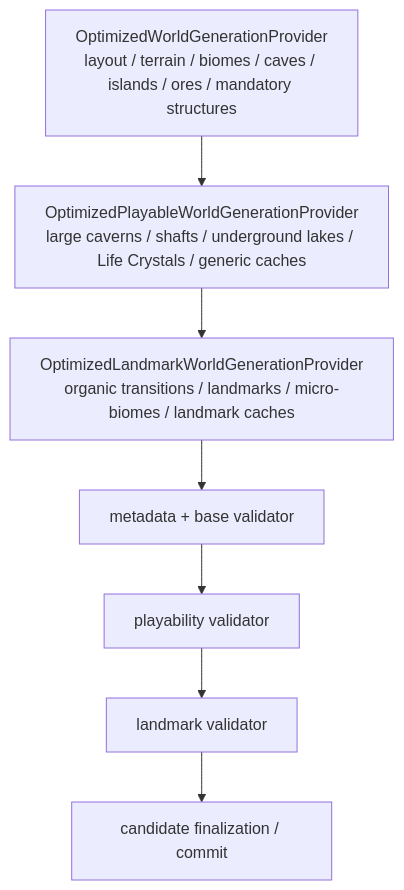
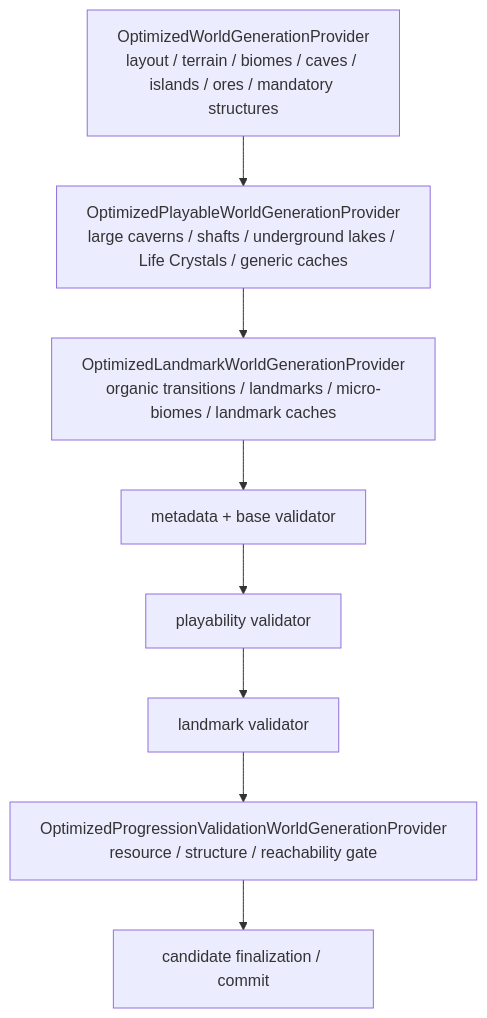
Before and after one commit to VegaKernel/TerraRuntime: the diagram in docs/en/optimized-world-generation.md, drawn with Mermaid. The commit also changed other lines of this file and 14 other files, not shown here.

First line of the commit message:
Close optimized O5 and canonical generation crash gate

````diff
--- a/docs/en/optimized-world-generation.md
+++ b/docs/en/optimized-world-generation.md
@@ -24,12 +24,13 @@
 ```mermaid
 flowchart TD
     Base["OptimizedWorldGenerationProvider<br/>layout / terrain / biomes / caves / islands / ores / mandatory structures"]
     Play["OptimizedPlayableWorldGenerationProvider<br/>large caverns / shafts / underground lakes / Life Crystals / generic caches"]
     Land["OptimizedLandmarkWorldGenerationProvider<br/>organic transitions / landmarks / micro-biomes / landmark caches"]
     Meta["metadata + base validator"]
     PVal["playability validator"]
     LVal["landmark validator"]
+    Prog["OptimizedProgressionValidationWorldGenerationProvider<br/>resource / structure / reachability gate"]
     Commit["candidate finalization / commit"]
 
-    Base --> Play --> Land --> Meta --> PVal --> LVal --> Commit
+    Base --> Play --> Land --> Meta --> PVal --> LVal --> Prog --> Commit
 ```
````
